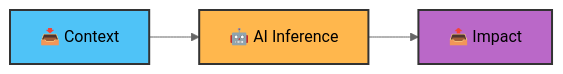
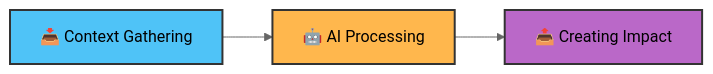
The diagram in .github/steps/2-step.md (dev-pods/ai-in-actions), drawn with Mermaid (neutral theme) before and after one commit. The commit also changed other lines of this file, not shown here.

Commit message:
fix: clarify workflow steps and enhance context for AI processing

````diff
--- a/.github/steps/2-step.md
+++ b/.github/steps/2-step.md
@@ -9,9 +9,9 @@
 ```mermaid
 graph LR
-    A[📥 Context] --> B[🤖 AI Inference]
-    B --> C[📤 Impact]
+    A[📥 Context Gathering] --> B[🤖 AI Processing]
+    B --> C[📤 Creating Impact]
 
     style A fill:#4fc3f7,stroke:#333,stroke-width:2px,color:#000
     style B fill:#ffb74d,stroke:#333,stroke-width:2px,color:#000
     style C fill:#ba68c8,stroke:#333,stroke-width:2px,color:#000
 ```
````
